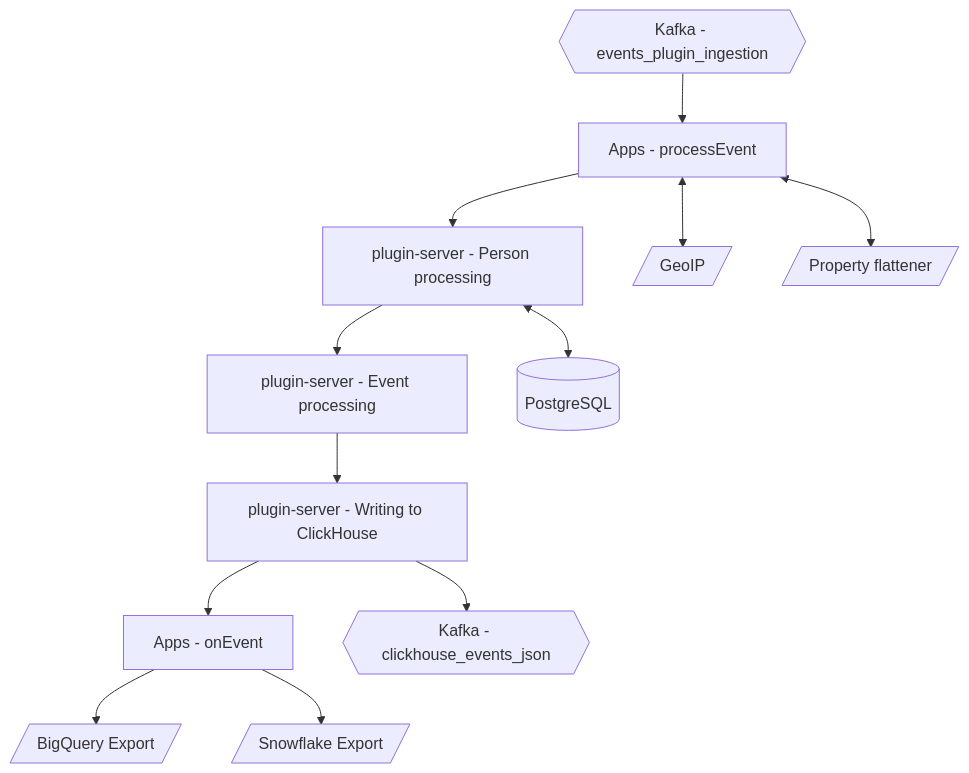
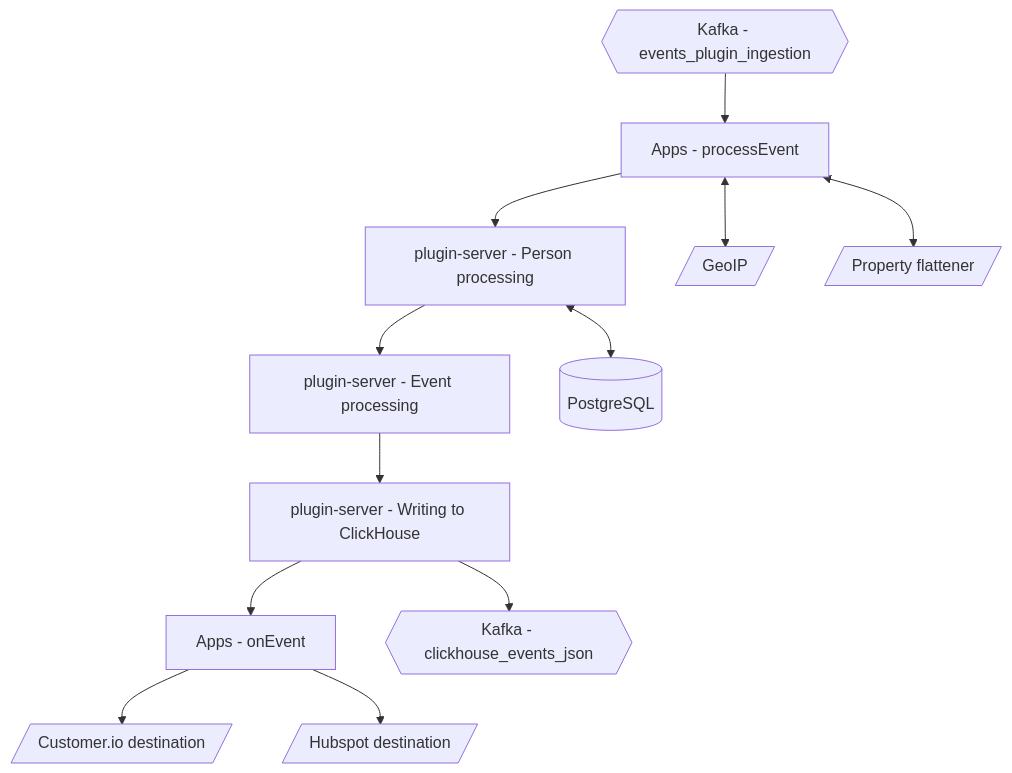
The second of 2 diagrams in contents/docs/how-posthog-works/ingestion-pipeline.mdx (PostHog/posthog.com), drawn with Mermaid before and after one commit. The commit also changed other lines of this file and 24 other files, not shown here.

````diff
--- a/contents/docs/how-posthog-works/ingestion-pipeline.mdx
+++ b/contents/docs/how-posthog-works/ingestion-pipeline.mdx
@@ -56,32 +46,32 @@
 ```mermaid
 flowchart TD
     STEP2["Apps - processEvent"]
     STEP3["plugin-server - Person processing"]
     STEP4["plugin-server - Event processing"]
     STEP5["plugin-server - Writing to ClickHouse"]
     STEP6["Apps - onEvent"]
     APPS1[/"GeoIP"/]
     APPS3[/"Property flattener"/]
-    APPS2[/"BigQuery Export"/]
-    APPS4[/"Snowflake Export"/]
+    APPS2[/"Customer.io destination"/]
+    APPS4[/"Hubspot destination"/]
     PERSONS[("PostgreSQL")]
     KafkaIn{{"Kafka - events_plugin_ingestion"}}
     KafkaOut{{"Kafka - clickhouse_events_json"}}
 
     KafkaIn --> STEP2
 
     STEP2 --> STEP3
     STEP3 --> STEP4
     STEP4 --> STEP5
     STEP5 --> STEP6
 
     STEP2 <--> APPS1
     STEP2 <--> APPS3
     STEP6 --> APPS2
     STEP6 --> APPS4
 
     STEP5 --> KafkaOut
 
     STEP3 <--> PERSONS
 
 ```
````
